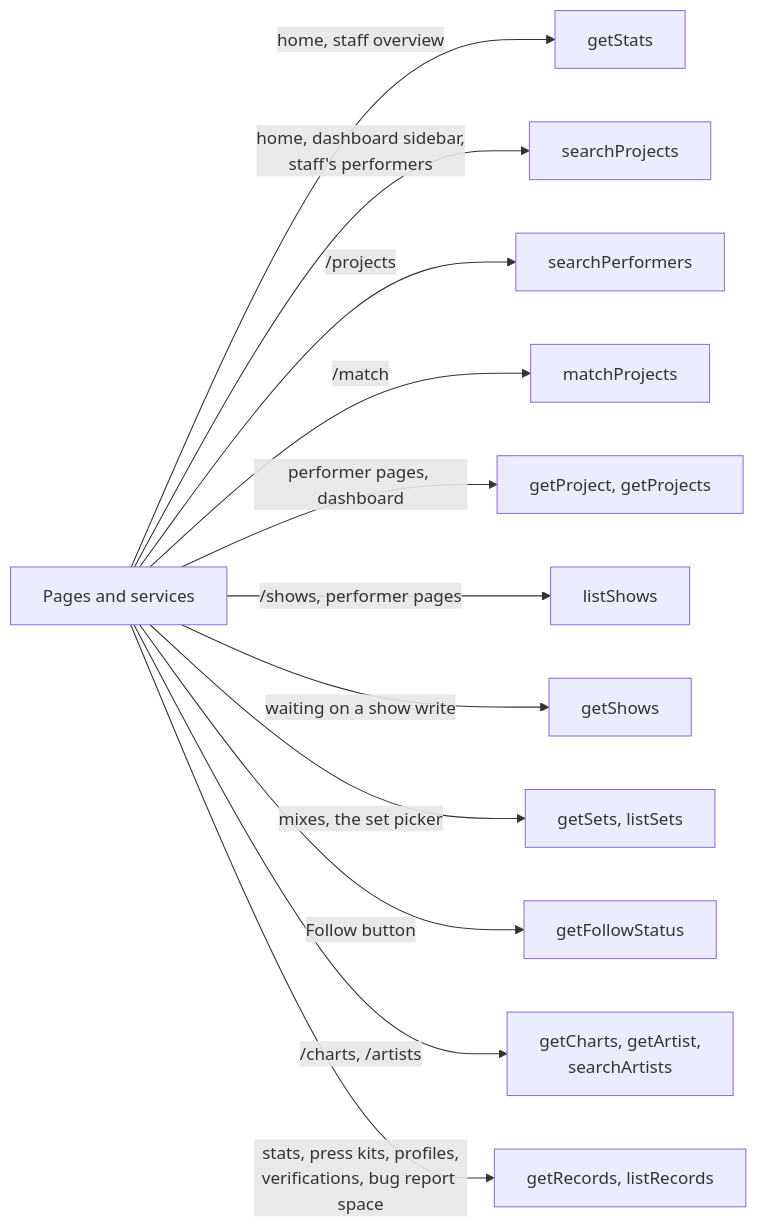
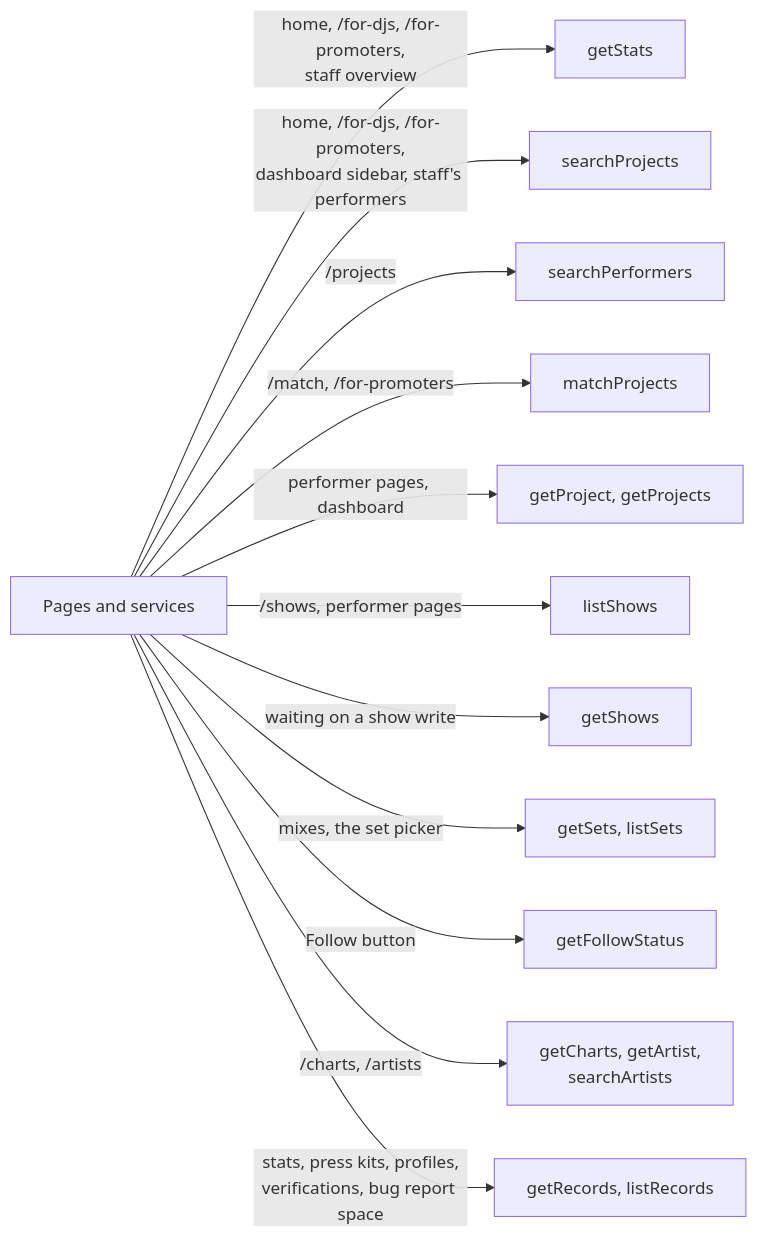
The seventh of 7 diagrams in apps/web/docs/diagrams/jobs-and-directory.md (cutenode/localnetwork), drawn with Mermaid before and after one commit. The commit also changed other lines of this file and 19 other files, not shown here.

````diff
--- a/apps/web/docs/diagrams/jobs-and-directory.md
+++ b/apps/web/docs/diagrams/jobs-and-directory.md
@@ -138,15 +138,15 @@
 ```mermaid
 flowchart LR
   Pages["Pages and services"]
-  Pages -- "home, staff overview" --> Q1["getStats"]
-  Pages -- "home, dashboard sidebar,<br/>staff's performers" --> Q10["searchProjects"]
+  Pages -- "home, /for-djs, /for-promoters,<br/>staff overview" --> Q1["getStats"]
+  Pages -- "home, /for-djs, /for-promoters,<br/>dashboard sidebar, staff's performers" --> Q10["searchProjects"]
   Pages -- "/projects" --> Q2["searchPerformers"]
-  Pages -- "/match" --> Q3["matchProjects"]
+  Pages -- "/match, /for-promoters" --> Q3["matchProjects"]
   Pages -- "performer pages, dashboard" --> Q4["getProject, getProjects"]
   Pages -- "/shows, performer pages" --> Q5["listShows"]
   Pages -- "waiting on a show write" --> Q11["getShows"]
   Pages -- "mixes, the set picker" --> Q6["getSets, listSets"]
   Pages -- "Follow button" --> Q7["getFollowStatus"]
   Pages -- "/charts, /artists" --> Q8["getCharts, getArtist,<br/>searchArtists"]
   Pages -- "stats, press kits, profiles,<br/>verifications, bug report space" --> Q9["getRecords, listRecords"]
 ```
````
